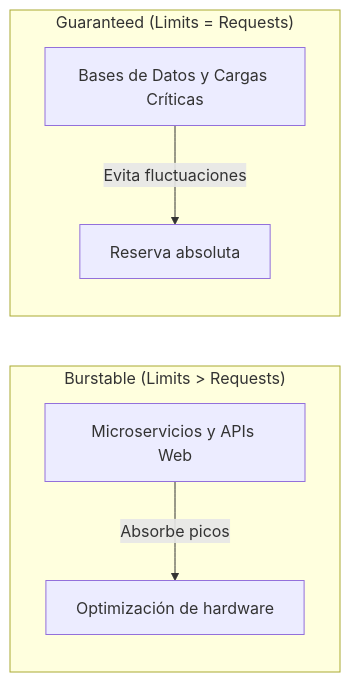
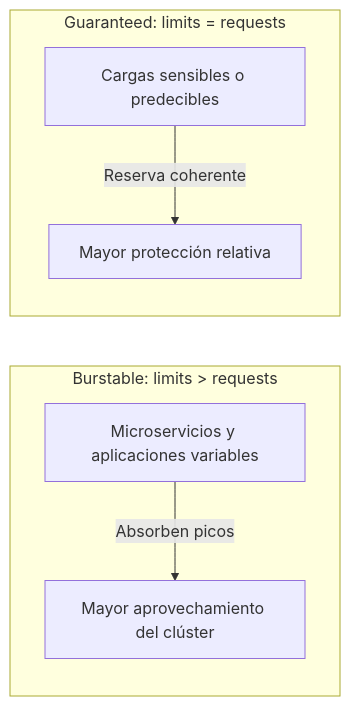
Before and after one commit to ieftraining/curso-openshift: the fifth of 7 diagrams in docs/sesion4/4.2 Recursoso, cuotas y ubicación.md, drawn with Mermaid. The commit also changed other lines of this file, not shown here.

````diff
--- a/docs/sesion4/4.2 Recursoso, cuotas y ubicación.md
+++ b/docs/sesion4/4.2 Recursoso, cuotas y ubicación.md
@@ -266,10 +320,10 @@
 ```mermaid
 flowchart LR
-    subgraph Burstable ["Burstable (Limits > Requests)"]
-        A[Microservicios y APIs Web] -->|Absorbe picos| B[Optimización de hardware]
+    subgraph Burstable["Burstable: limits > requests"]
+        A[Microservicios y aplicaciones variables] -->|Absorben picos| B[Mayor aprovechamiento del clúster]
     end
 
-    subgraph Guaranteed ["Guaranteed (Limits = Requests)"]
-        C[Bases de Datos y Cargas Críticas] -->|Evita fluctuaciones| D[Reserva absoluta]
+    subgraph Guaranteed["Guaranteed: limits = requests"]
+        C[Cargas sensibles o predecibles] -->|Reserva coherente| D[Mayor protección relativa]
     end
 ```
````
